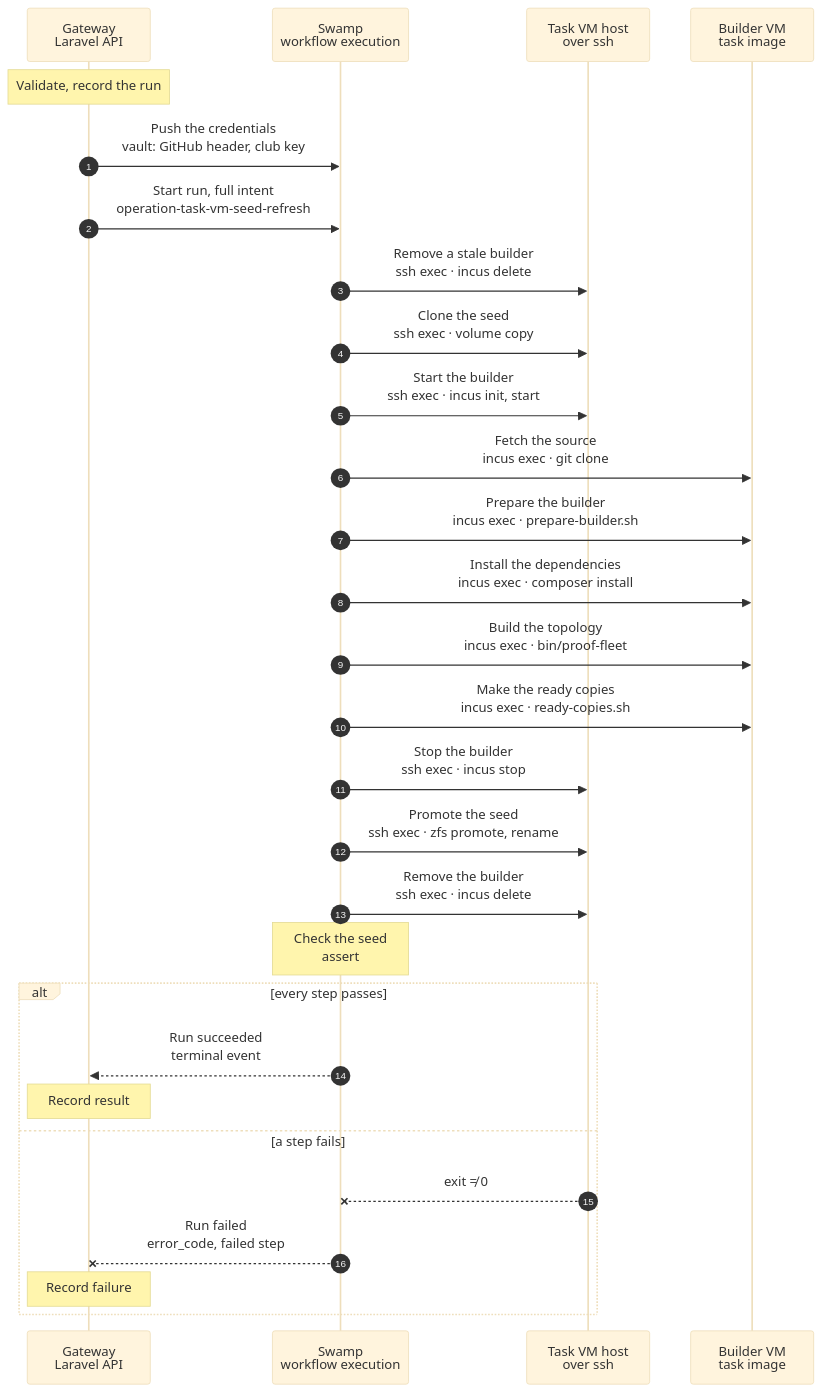
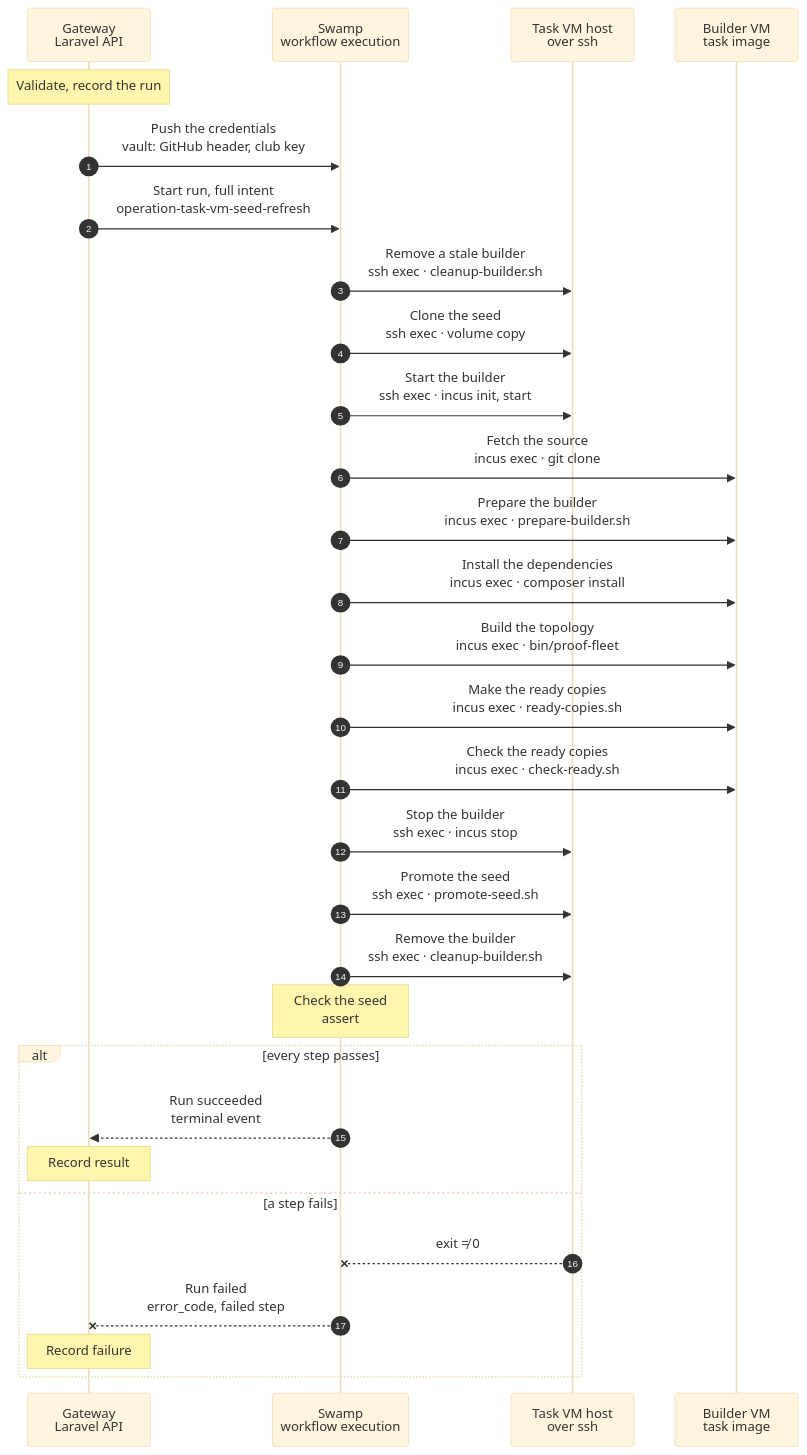
One commit to hardimpactdev/orbit changed the diagram in docs/cli/tasks/vm-seed-refresh.mmd. Above: the diagram before and after it, drawn with Mermaid (base theme). The commit also changed 17 other files, not shown here.

Commit message:
fix(task-vm): make the seed promotion crash safe, keep a rollback copy, check the ready copies and share the host lock

```diff
--- a/docs/cli/tasks/vm-seed-refresh.mmd
+++ b/docs/cli/tasks/vm-seed-refresh.mmd
@@ -1,137 +1,153 @@
 sequenceDiagram
   %% Target design: B3 (migration-dashboard/public/task-vms.html, "What is baked in" and the decision log), docs/reference/compute-drivers.md (The topology seed), swamp/proof/reset/README.md.
   %% Tightened: flow-tighten rules 1, 3, 6, 9, 20, 22 (the host work is one placed step per action group; the build is the proof reset of the release, not a second builder; the swap is renames in one step; one end check).
   %% status: draft
   %% command: none · refresh the topology seed of a task VM host
   %% kind: task_vm.seed_refresh
   autonumber
   %% lane GW icon=gateway pill=intent tone=blue
   %% lane SW icon=workflow pill=executes tone=green
   %% lane H icon=server pill=target tone=amber
   %% lane B icon=server pill=target tone=purple
   participant GW as Gateway<br/>Laravel API
   participant SW as Swamp<br/>workflow execution
   participant H as Task VM host<br/>over ssh
   participant B as Builder VM<br/>task image
   Note over GW: Validate, record the run
   %%> Started by:
   %%> - the release flow, for every task VM host in parallel, once the release is live and the host's task image is promoted (B8)
   %%> - there is no CLI command of its own; an operator runs `php artisan task-vms:refresh-seed HOST` on the Gateway
   %%> Requirements:
   %%> - the host is an active task VM host with a promoted task image, and no image build is running on it
   %%> - the host has the seed of that image: a refresh starts from it and never from nothing
+  %%> - the host has the three slots of a large VM free, and no image build holds the host lock
   %%> - the Gateway runs a release commit, the GitHub App can read the release repository, and the proof Swamp Club key is set
   %%> Result:
   %%> - a task is recorded with the full intent; a second admission for the host returns the open task
   %%> - nothing on the host changes yet
   GW->>SW: Push the credentials<br/>vault: GitHub header, club key
   %%> Why:
   %%> - credentials go Gateway → vault → step; the run inputs hold only vault key names
   %%> - the GitHub read header is minted by the Gateway's App, whose key never leaves the Gateway
   GW->>SW: Start run, full intent<br/>operation-task-vm-seed-refresh
   %%> Inputs:
   %%> - the task image, the names of the current, building and previous seed, and the builder VM with its instance config
   %%> - the release repository and the commit the Gateway runs, so the ready topology is the release it will serve
-  SW->>H: Remove a stale builder<br/>ssh exec · incus delete
+  SW->>H: Remove a stale builder<br/>ssh exec · cleanup-builder.sh
   %%> What it does:
-  %%> - deletes the builder, its seed clone and a previous seed, each only when it exists
-  %%> - never deletes the current seed; if an earlier run died between the two renames of its promotion, the old seed is still under the previous name and goes back first
+  %%> - takes the host seed lock, the lock a claim's seed clone takes
+  %%> - deletes the builder VM
+  %%> - repairs a promotion that died between its two renames: if the current seed is missing, the old seed goes back from `-previous`
+  %%> - only then deletes an unpromoted `-refresh` clone
+  %%> - keeps `-previous`, the rollback copy
   %%> Why:
   %%> - a host refreshes one seed at a time, so anything with these names belongs to an earlier run that ended badly
+  %%> The script:
+  %%> - the file `tools/task-vm-seed/cleanup-builder.sh` travels in the intent, so the run shows what it ran
   SW->>H: Clone the seed<br/>ssh exec · volume copy
   %%> What it does:
-  %%> - copies the current seed to the building name; on ZFS the copy is a clone and costs only what the build writes
+  %%> - takes the host seed lock, then copies the current seed to the building name; on ZFS the copy is a clone and costs only what the build writes
   %%> Why:
   %%> - the build starts from the node template that is in the seed, and the old seed stays untouched
   %%> Fails when:
   %%> - the host has no current seed; nothing has changed
   SW->>H: Start the builder<br/>ssh exec · incus init, start
   %%> What it does:
   %%> - creates a large VM (12 GiB, 6 CPUs) from the task image, with the seed clone as the disk `topology-seed`, and starts it
   %%> - waits until the Incus agent reports the VM's address
   %%> Not included:
   %%> - no fleet identity: the builder has no WireGuard address, Node, token or model key, and it is not an enrolled slot
   SW->>B: Fetch the source<br/>incus exec · git clone
   %%> What it does:
   %%> - clones the release repository into the checkout path and checks out the release commit on the branch `seed-refresh/task-1`
   %%> Why the branch:
   %%> - the topology harness refuses a checkout whose branch does not name its task
   %%> Secret:
   %%> - the GitHub read header reaches Git from standard input; it is in no argument and no file
   SW->>B: Prepare the builder<br/>incus exec · prepare-builder.sh
   %%> What it does:
   %%> - installs the proof Swamp Club key for the reset's Swamp runs, from standard input, mode 0600
   %%> - adds idle stand-ins for the observer and Pi services and a throwaway `orbit` interface
   %%> Why the stand-ins:
   %%> - the reset proves it leaves the outer VM's services and tunnel as it found them, and a builder has none of them
   SW->>B: Install the dependencies<br/>incus exec · composer install
   %%> What it does:
   %%> - installs the Composer packages of the SDK, the CLI, the harness and the Gateway, in that order
   SW->>B: Build the topology<br/>incus exec · bin/proof-fleet
   %%> What it does:
   %%> - adopts the seed clone as the Incus pool `topology-seed`
   %%> - runs the proof reset of the release: Gateway with Swamp, app-dev and app-prod, real WireGuard on 10.45.0.0/24
   %%> - the reset ends when the fleet is healthy, its agents are online and Doctor is clean
   %%> Measured:
   %%> - 6 min 33 s to 7 min 26 s on beast at host load 5 to 9, in whole runs of 7 min 31 s and 10 min 2 s; the S3 measurement of the reset alone is 232 s on a quiet host
   SW->>B: Make the ready copies<br/>incus exec · ready-copies.sh
   %%> What it does:
   %%> - stops the three VMs and keeps a stopped copy of each as `ready-gateway`, `ready-app-dev` and `ready-app-prod`
   %%> - deletes the three VMs of the build and the operator VM the harness still makes; the node template stays
   %%> - prints the list of the ready copies
   %%> The copy interface (for the reset from ready copies):
   %%> - no NIC: a static MAC or address cannot sit on a second instance, and a NIC on the build's network stops a new task VM from adopting the pool; the values are in `user.orbit.ready.mac`, `user.orbit.ready.ipv4` and `user.orbit.ready.network`, and the role in `user.orbit.ready.role`
   %%> - the disk `orbit-source` points at the fixed path `/home/orbit/.orbit/ready/source`
   %%> - the build's source tree, with its `.env`, `storage`, `bootstrap/cache`, ACLs and owners, is kept in the pool as the custom volume `ready-source`; the ready Gateway needs it, because its baked database is encrypted with the application key in that `.env`, and a task VM restores it to the fixed path before it starts the copies
   %%> - no `user.orbit.e2e.*` label, so a release of a build never deletes a ready copy
+  SW->>B: Check the ready copies<br/>incus exec · check-ready.sh
+  %%> What it does:
+  %%> - starts a throwaway copy of each ready copy and waits for its Incus agent, so each ready copy is a VM that boots
+  %%> - searches each copy, and the volume `ready-source`, for the Swamp Club key of the build, by path and by value
+  %%> - deletes the copies; a ready copy itself is never started
+  %%> Why:
+  %%> - the seed is cloned into every task VM of the host, so a key in it would reach all of them
+  %%> - a ready copy that does not boot must not become the seed
+  %%> Prints:
+  %%> - the roles that passed, which the Gateway compares with the roles it admitted
   SW->>H: Stop the builder<br/>ssh exec · incus stop
   %%> What it does:
   %%> - stops the builder cleanly; its Incus unmounts the pool, so the seed holds a finished file system
-  SW->>H: Promote the seed<br/>ssh exec · zfs promote, rename
+  SW->>H: Promote the seed<br/>ssh exec · promote-seed.sh
   %%> What it does:
+  %%> - takes the host seed lock, so no claim clones the seed between the renames
   %%> - deletes the builder; its seed clone stays as a volume
   %%> - `zfs promote` makes the clone own the blocks it shares with the old seed, so a chain of refreshes does not grow
-  %%> - renames the current seed to `-previous`, then the clone to the seed name; if the second rename fails, the first is undone
-  %%> - deletes the replaced seed; a task VM that runs keeps its own clone of it until the task ends
+  %%> - deletes the `-previous` seed of the refresh before, then renames the current seed to `-previous` and the clone to the seed name
+  %%> - ignores HUP, INT and TERM during the two renames; if the second rename fails, the first is undone
   %%> - prints the seed name, its size and the bytes the build wrote
-  %%> Not kept:
-  %%> - no rollback copy; the old seed is not a copy the frozen image pruning could clean up, and the next refresh replaces a bad one
-  %%> Why renames:
-  %%> - a claim clones the seed named from its image fingerprint, so no claim path changes
-  %%> - a task VM that already runs keeps its own clone of the old seed
+  %%> Rollback copy:
+  %%> - the old seed stays as `-previous` until the next successful refresh deletes it
+  %%> - a task VM that runs keeps its own clone of the old seed, even after that deletion
   %%> The only change:
   %%> - this is the only step that changes what a claim clones
-  SW->>H: Remove the builder<br/>ssh exec · incus delete
+  SW->>H: Remove the builder<br/>ssh exec · cleanup-builder.sh
   %%> What it does:
-  %%> - runs after success, failure and cancellation
-  %%> - deletes the builder VM and the unpromoted seed clone, each only when it exists; a promoted clone has the seed name by now
+  %%> - runs after success, failure and cancellation, with the same script as the first step
+  %%> - repairs a promotion that died between its renames before it deletes anything
+  %%> - deletes the builder VM and an unpromoted clone; a promoted clone has the seed name by now
   %%> - lists the VMs and volumes for the end check
   Note over SW: Check the seed<br/>assert
   %%> End check:
   %%> - a native `assert` over the step results
-  %%> - the build, the ready copies, the promotion and the cleanup passed
-  %%> - the host lists the seed, and no builder, no unpromoted clone and no replaced seed
+  %%> - the build, the ready copies, their check, the promotion and the cleanup passed
+  %%> - the host lists the seed, and no builder and no unpromoted clone
   alt every step passes
     SW-->>GW: Run succeeded<br/>terminal event
     %%> How the Gateway learns it:
     %%> - its run reader sees the terminal event; Swamp never calls the Gateway
     Note over GW: Record result
     %%> Result:
-    %%> - the task succeeds, with the seed name, the ready copies, the size of the seed and the bytes the build wrote
+    %%> - the task succeeds, with the seed name, its rollback copy, the ready copies, the size of the seed and the bytes the build wrote
     %%> - the Gateway keeps no other state: the seed is on the host, under the name every claim clones
     %%> The next claim:
     %%> - clones the new seed and boots a VM that holds the three ready VMs
   else a step fails
     H--xSW: exit ≠ 0
     %%> When:
     %%> - a host command, the build, the ready copies, the promotion or the end check fails, or the run is cancelled
     SW--xGW: Run failed<br/>error_code, failed step
     Note over GW: Record failure
     %%> Result:
     %%> - the task fails; no alert fires
     %%> On the host:
     %%> - the host keeps the seed it had, because the promotion is the last host change and undoes itself
     %%> - the builder and its clone are deleted by the cleanup, and the next run removes any a crash left
     %%> Retry:
     %%> - run the refresh again after fixing the cause; it starts from the current seed
   end
```
